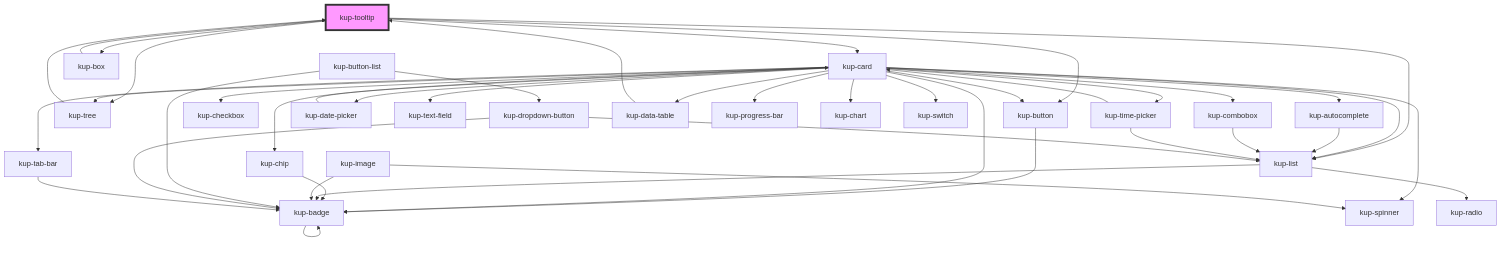
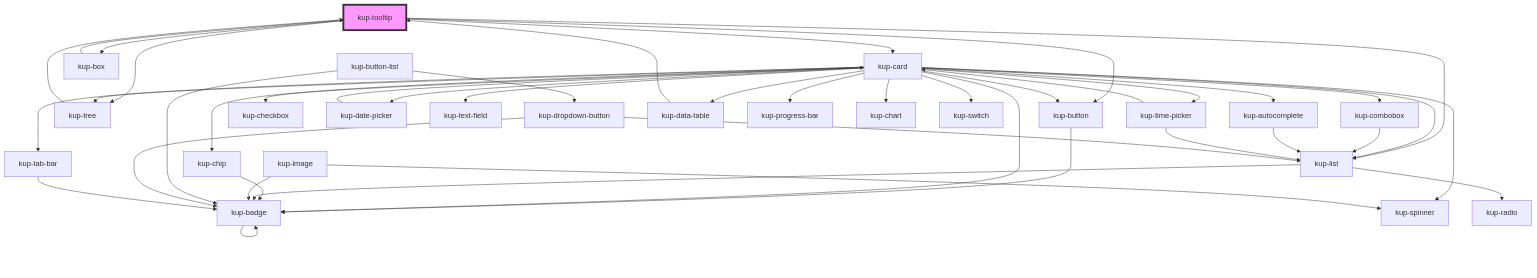
The diagram in packages/ketchup/src/components/kup-tooltip/readme.md (smeup/ketchup), drawn with Mermaid before and after one commit. The commit also changed other lines of this file and 16 other files, not shown here.

Commit message:
kup-card: working column drop menu builtin layout.

````diff
--- a/packages/ketchup/src/components/kup-tooltip/readme.md
+++ b/packages/ketchup/src/components/kup-tooltip/readme.md
@@ -109,46 +109,46 @@
 ```mermaid
 graph TD;
   kup-tooltip --> kup-button
   kup-tooltip --> kup-card
   kup-tooltip --> kup-box
   kup-tooltip --> kup-list
   kup-tooltip --> kup-tree
   kup-button --> kup-badge
   kup-badge --> kup-badge
   kup-card --> kup-badge
+  kup-card --> kup-button
   kup-card --> kup-chip
+  kup-card --> kup-list
+  kup-card --> kup-combobox
   kup-card --> kup-autocomplete
-  kup-card --> kup-button
   kup-card --> kup-checkbox
-  kup-card --> kup-combobox
   kup-card --> kup-date-picker
   kup-card --> kup-text-field
   kup-card --> kup-time-picker
   kup-card --> kup-data-table
-  kup-card --> kup-list
   kup-card --> kup-spinner
   kup-card --> kup-progress-bar
   kup-card --> kup-chart
   kup-card --> kup-tab-bar
   kup-card --> kup-tree
   kup-card --> kup-switch
   kup-chip --> kup-badge
-  kup-autocomplete --> kup-list
   kup-list --> kup-radio
   kup-list --> kup-badge
   kup-combobox --> kup-list
+  kup-autocomplete --> kup-list
   kup-date-picker --> kup-card
   kup-time-picker --> kup-card
   kup-time-picker --> kup-list
   kup-data-table --> kup-tooltip
   kup-image --> kup-spinner
   kup-image --> kup-badge
   kup-button-list --> kup-dropdown-button
   kup-button-list --> kup-badge
   kup-dropdown-button --> kup-list
   kup-dropdown-button --> kup-badge
   kup-tab-bar --> kup-badge
   kup-tree --> kup-tooltip
   kup-box --> kup-tooltip
   style kup-tooltip fill:#f9f,stroke:#333,stroke-width:4px
 ```
````
